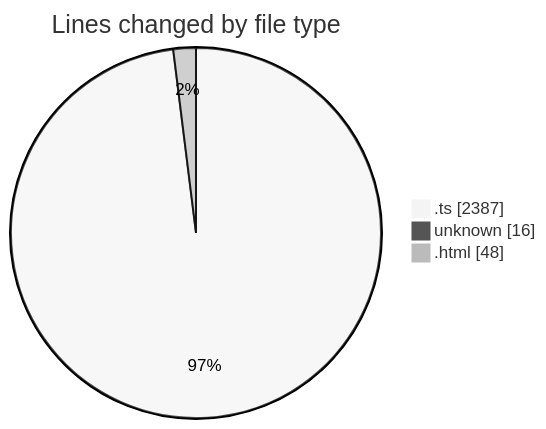
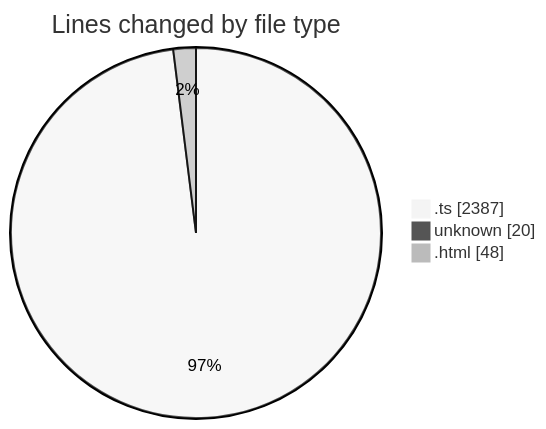
One commit to tmsrecording-cyber/code-tracking changed the first of 2 diagrams in 2026-02-06/singularitybrainai/README.md. Above: the diagram before and after it, drawn with Mermaid (neutral theme). The commit also changed other lines of this file and 1 other file, not shown here.

````diff
--- a/2026-02-06/singularitybrainai/README.md
+++ b/2026-02-06/singularitybrainai/README.md
@@ -26,7 +27,7 @@
 ```mermaid
 pie showData
 title Lines changed by file type
 ".ts" : 2387
-"unknown" : 16
+"unknown" : 20
 ".html" : 48
 ```
````
